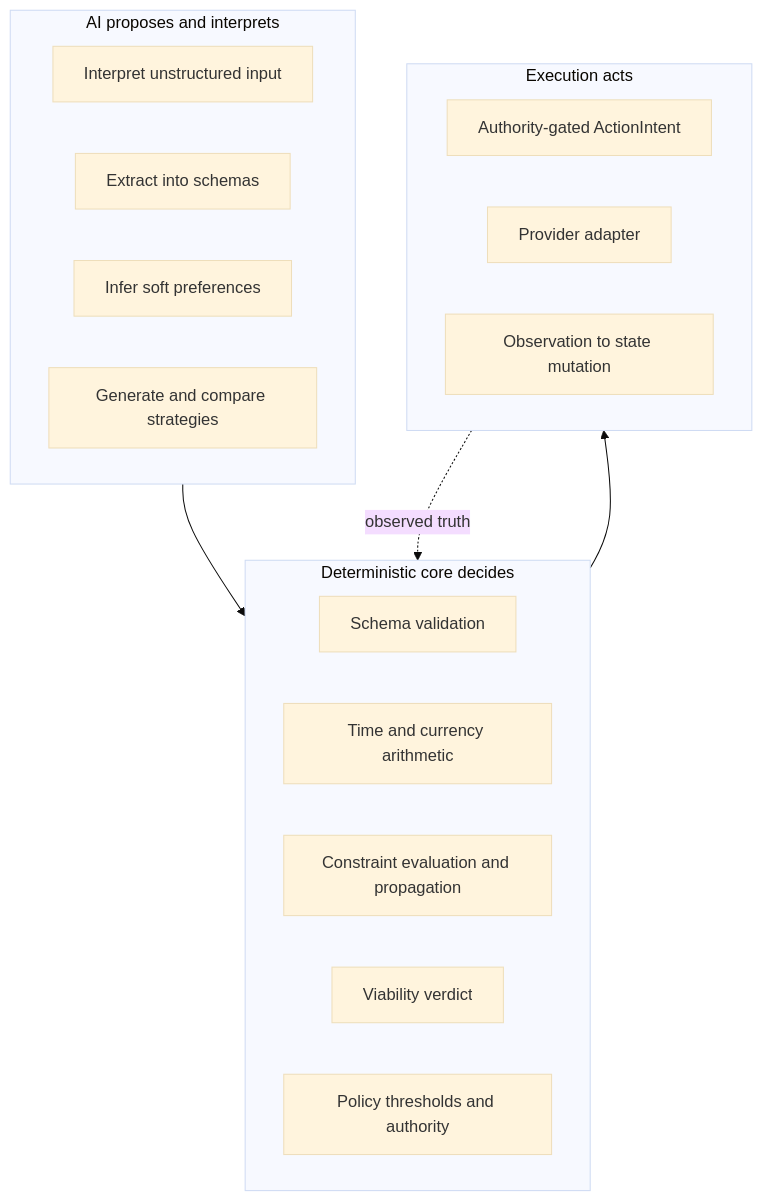
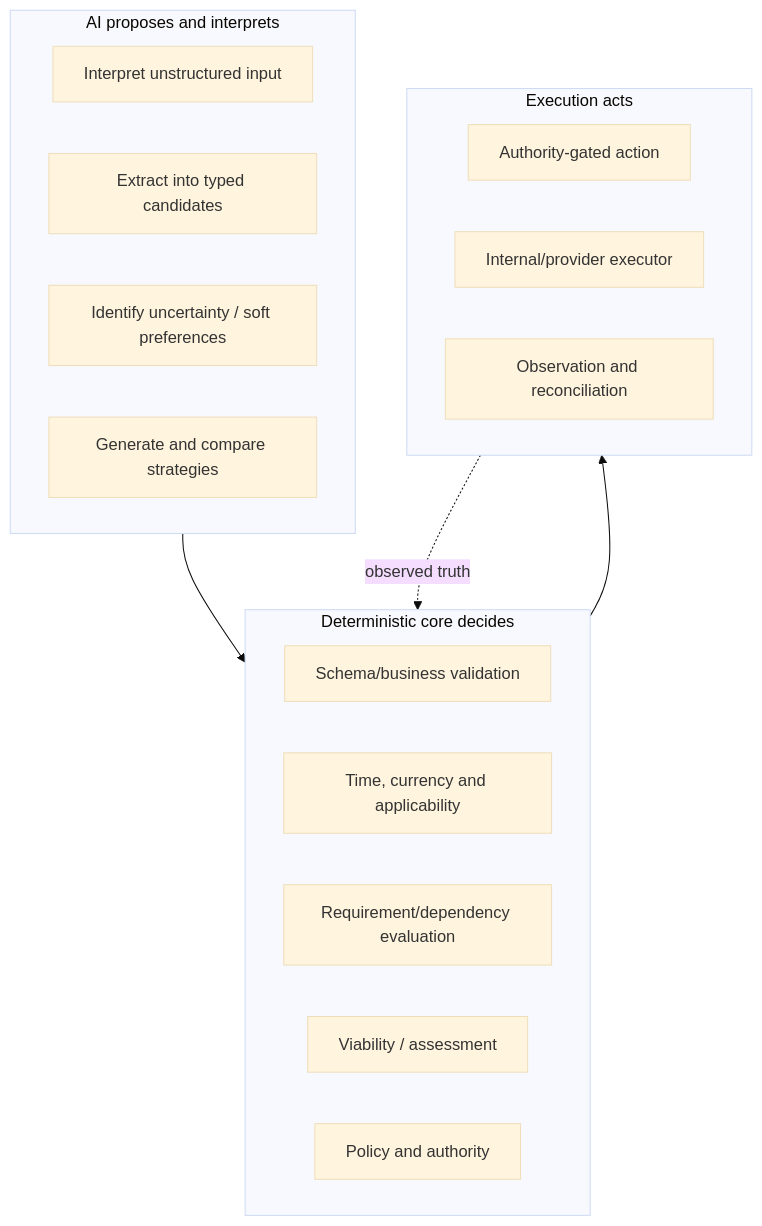
One commit to dropandresetmain-prog/qoder-atlas changed the second of 3 diagrams in README.md. Above: the diagram before and after it, drawn with Mermaid (base theme). The commit also changed other lines of this file and 8 other files, not shown here.

````diff
--- a/README.md
+++ b/README.md
@@ -87,24 +69,24 @@
 ```mermaid
 flowchart TD
   subgraph AI["AI proposes and interprets"]
     A1["Interpret unstructured input"]
-    A2["Extract into schemas"]
-    A3["Infer soft preferences"]
+    A2["Extract into typed candidates"]
+    A3["Identify uncertainty / soft preferences"]
     A4["Generate and compare strategies"]
   end
   subgraph DET["Deterministic core decides"]
-    D1["Schema validation"]
-    D2["Time and currency arithmetic"]
-    D3["Constraint evaluation and propagation"]
-    D4["Viability verdict"]
-    D5["Policy thresholds and authority"]
+    D1["Schema/business validation"]
+    D2["Time, currency and applicability"]
+    D3["Requirement/dependency evaluation"]
+    D4["Viability / assessment"]
+    D5["Policy and authority"]
   end
   subgraph EXEC["Execution acts"]
-    E1["Authority-gated ActionIntent"]
-    E2["Provider adapter"]
-    E3["Observation to state mutation"]
+    E1["Authority-gated action"]
+    E2["Internal/provider executor"]
+    E3["Observation and reconciliation"]
   end
   AI --> DET
   DET --> EXEC
   EXEC -.->|observed truth| DET
 ```
````
